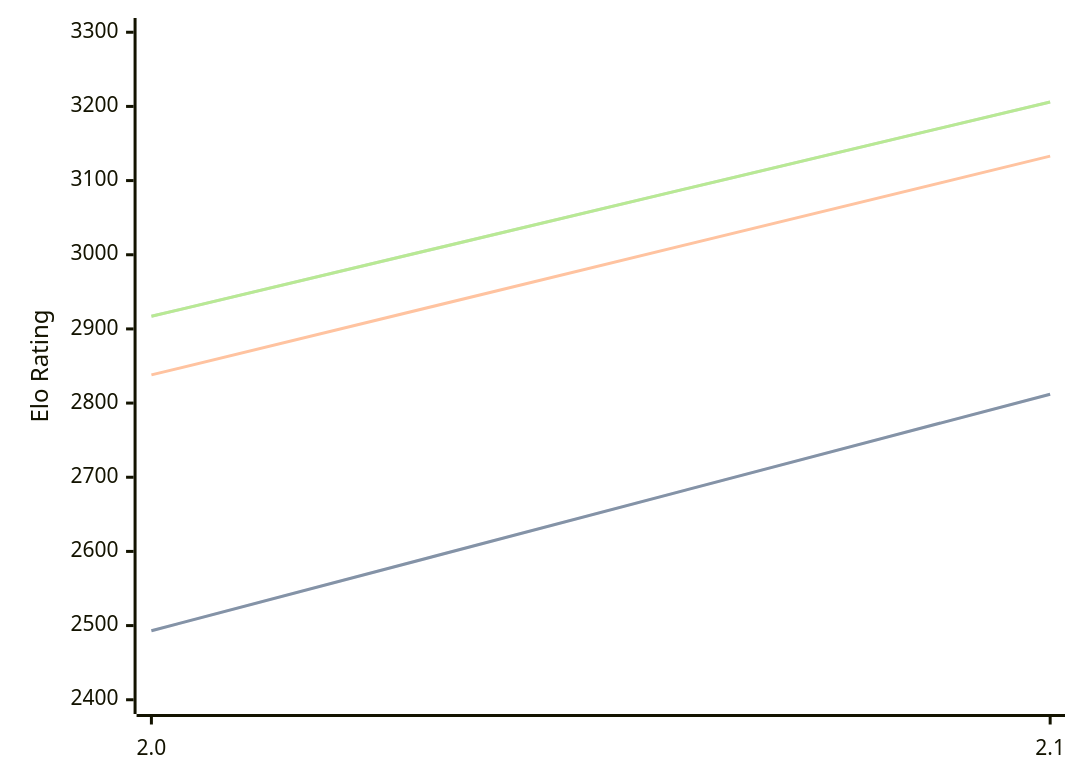
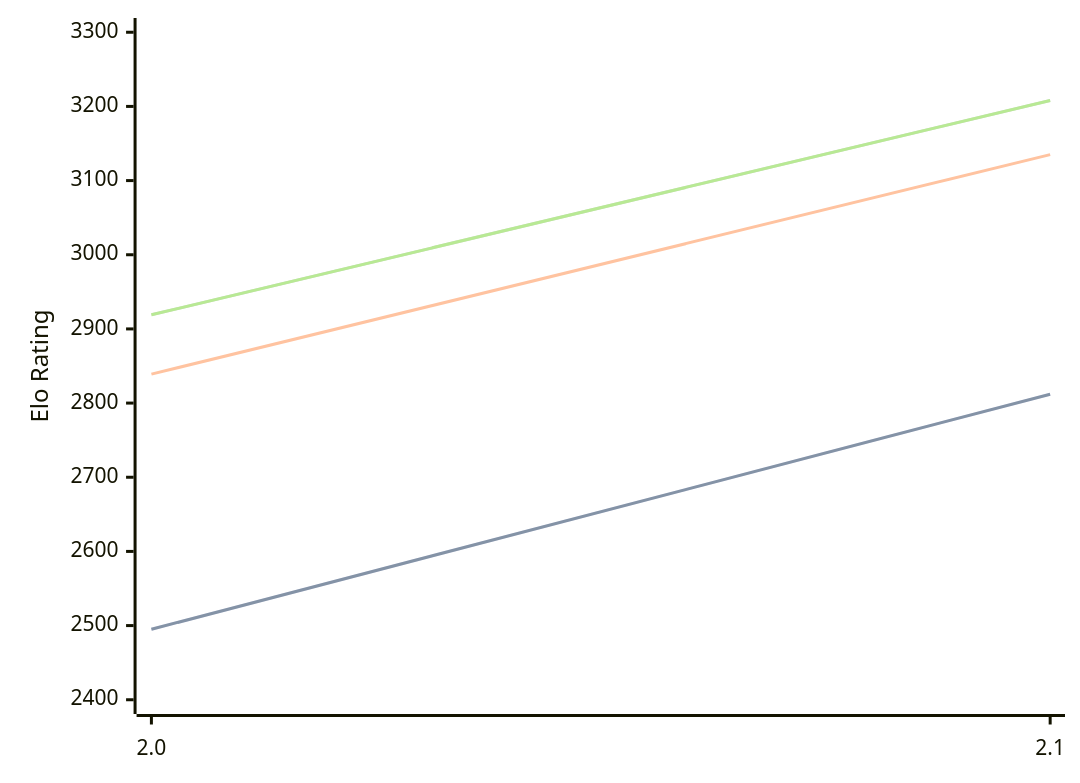
The diagram in engines/Tunguska.md (computer-chess-index/cci), drawn with Mermaid before and after one commit. The commit also changed other lines of this file, not shown here.

Commit message:
Update CCI Ratings (ELO VLTC) - 2026-07-25

````diff
--- a/engines/Tunguska.md
+++ b/engines/Tunguska.md
@@ -32,11 +32,11 @@
 ```mermaid
 %%{init: {"theme":"base","themeVariables":{"seriesColors:['#a3a3a3','#222221','#faa371']}}}%%
 xychart-beta
   x-axis ["2.0", "2.1"]
   y-axis "Elo Rating" 2400 --> 3300
-  line "STC (8.0+0.08s)" [2493, 2812]
-  line "STC (8.0+0.08s)" [2493, 2812]
-  line "LTC (60.0+0.60s)" [2838, 3133]
-  line "VLTC (2m24s+1.12s)" [2917, 3206]
-  line "VLTC (2m24s+1.12s)" [2917, 3206]
+  line "STC (8.0+0.08s)" [2495, 2812]
+  line "STC (8.0+0.08s)" [2495, 2812]
+  line "LTC (60.0+0.60s)" [2839, 3135]
+  line "VLTC (2m24s+1.12s)" [2919, 3208]
+  line "VLTC (2m24s+1.12s)" [2919, 3208]
 ```
````
